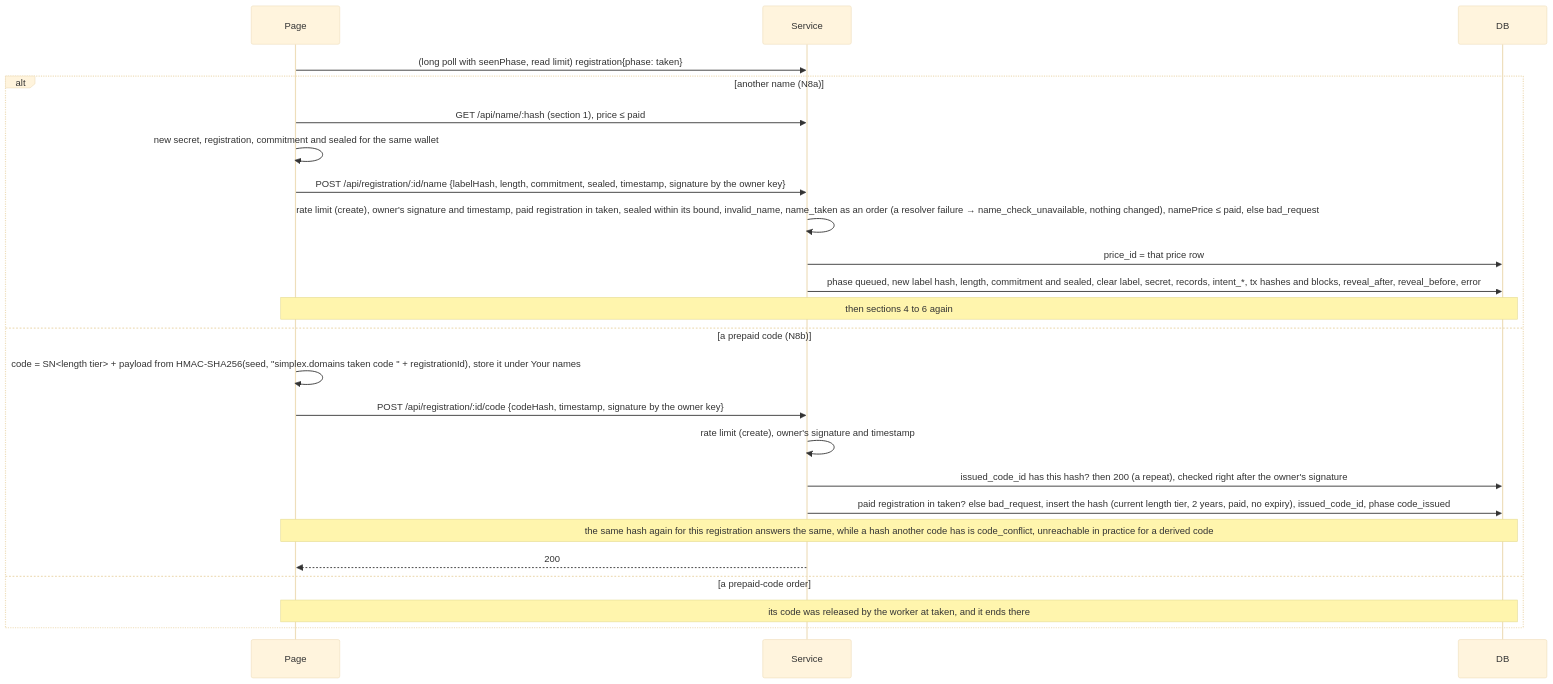
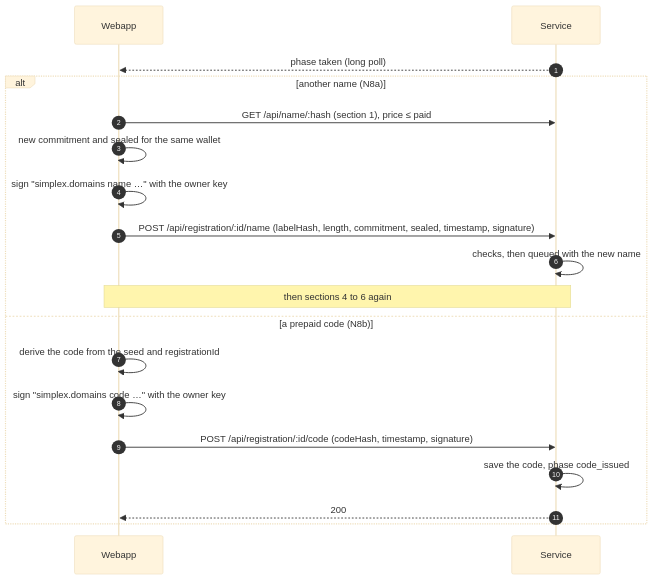
One commit to simplex-chat/simplex-chat changed diagram 13 of 21 in plans/names-codes/2026-10-13-names-sequence.md. Above: the diagram before and after it, drawn with Mermaid (base theme). The commit also changed other lines of this file, not shown here.

Commit message:
plans: simpler names sequence diagrams

````diff
--- a/plans/names-codes/2026-10-13-names-sequence.md
+++ b/plans/names-codes/2026-10-13-names-sequence.md
@@ -254,26 +478,21 @@
 ```mermaid
 sequenceDiagram
-  participant Page
-  participant Service
-  participant DB
-  Page->>Service: (long poll with seenPhase, read limit) registration{phase: taken}
+  autonumber
+  participant W as Webapp
+  participant S as Service
+  S-->>W: phase taken (long poll)
   alt another name (N8a)
-    Page->>Service: GET /api/name/:hash (section 1), price ≤ paid
-    Page->>Page: new secret, registration, commitment and sealed for the same wallet
-    Page->>Service: POST /api/registration/:id/name {labelHash, length, commitment, sealed, timestamp, signature by the owner key}
-    Service->>Service: rate limit (create), owner's signature and timestamp, paid registration in taken, sealed within its bound, invalid_name, name_taken as an order (a resolver failure → name_check_unavailable, nothing changed), namePrice ≤ paid, else bad_request
-    Service->>DB: price_id = that price row
-    Service->>DB: phase queued, new label hash, length, commitment and sealed, clear label, secret, records, intent_*, tx hashes and blocks, reveal_after, reveal_before, error
-    Note over Page,DB: then sections 4 to 6 again
+    W->>S: GET /api/name/:hash (section 1), price ≤ paid
+    W->>W: new commitment and sealed for the same wallet
+    W->>W: sign "simplex.domains name …" with the owner key
+    W->>S: POST /api/registration/:id/name (labelHash, length, commitment, sealed, timestamp, signature)
+    S->>S: checks, then queued with the new name
+    Note over W,S: then sections 4 to 6 again
   else a prepaid code (N8b)
-    Page->>Page: code = SN<length tier> + payload from HMAC-SHA256(seed, "simplex.domains taken code " + registrationId), store it under Your names
-    Page->>Service: POST /api/registration/:id/code {codeHash, timestamp, signature by the owner key}
-    Service->>Service: rate limit (create), owner's signature and timestamp
-    Service->>DB: issued_code_id has this hash? then 200 (a repeat), checked right after the owner's signature
-    Service->>DB: paid registration in taken? else bad_request, insert the hash (current length tier, 2 years, paid, no expiry), issued_code_id, phase code_issued
-    Note over Page,DB: the same hash again for this registration answers the same, while a hash another code has is code_conflict, unreachable in practice for a derived code
-    Service-->>Page: 200
-  else a prepaid-code order
-    Note over Page,DB: its code was released by the worker at taken, and it ends there
+    W->>W: derive the code from the seed and registrationId
+    W->>W: sign "simplex.domains code …" with the owner key
+    W->>S: POST /api/registration/:id/code (codeHash, timestamp, signature)
+    S->>S: save the code, phase code_issued
+    S-->>W: 200
   end
 ```
````
